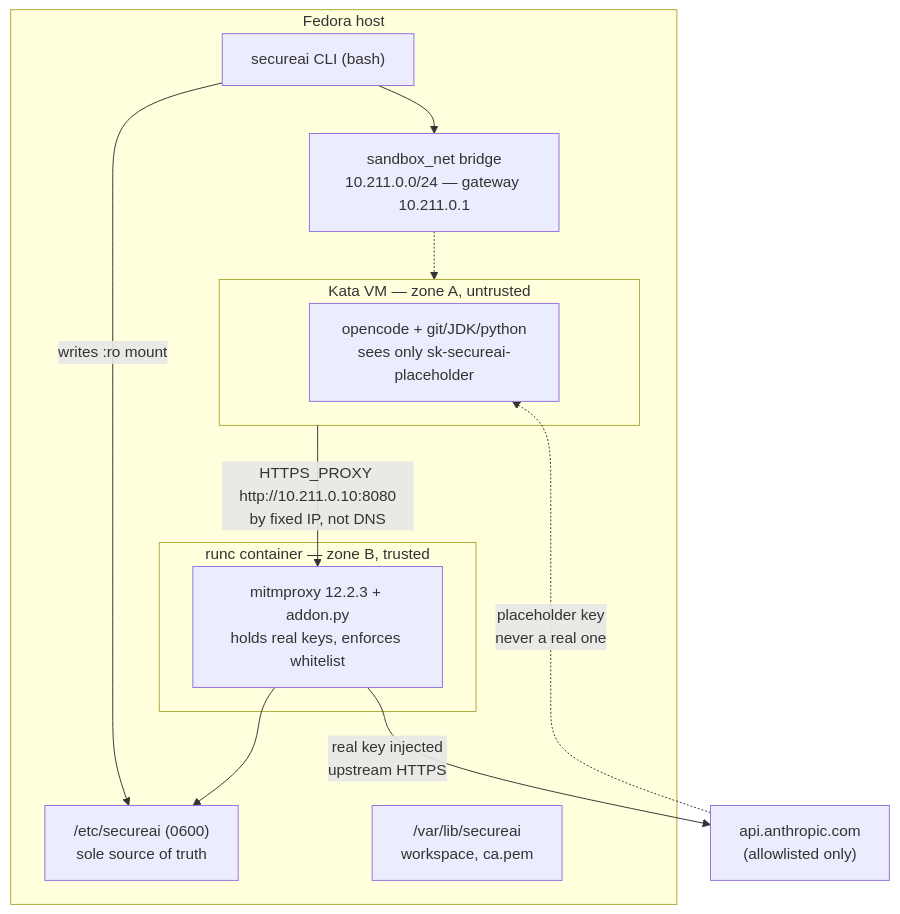
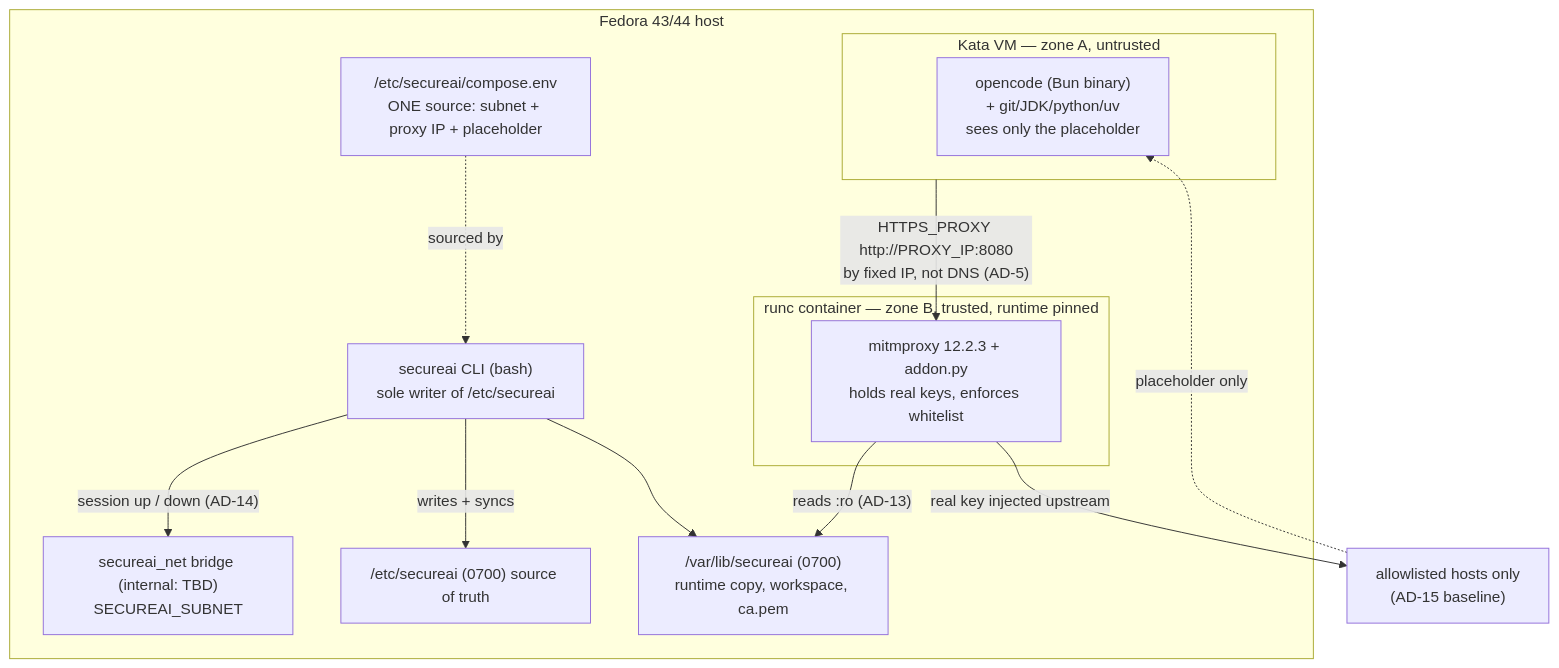
Before and after one commit to Theevanz/Katacontainers-AI-Agent-Deployment: the diagram in architecture/secureai-kata-opencode/ARCHITECTURE-SPINE.md, drawn with Mermaid. The commit also changed other lines of this file and 2 other files, not shown here.

First line of the commit message:
Finalize architecture spine and add epic/story breakdown

````diff
--- a/architecture/secureai-kata-opencode/ARCHITECTURE-SPINE.md
+++ b/architecture/secureai-kata-opencode/ARCHITECTURE-SPINE.md
@@ -217,22 +307,24 @@
 ```mermaid
 graph TB
-    subgraph HOST["Fedora host"]
-        CLI["secureai CLI (bash)"]
-        NET["sandbox_net bridge<br/>10.211.0.0/24 — gateway 10.211.0.1"]
+    subgraph HOST["Fedora 43/44 host"]
+        CLI["secureai CLI (bash)<br/>sole writer of /etc/secureai"]
+        ENVF["/etc/secureai/compose.env<br/>ONE source: subnet + proxy IP + placeholder"]
+        NET["secureai_net bridge (internal: TBD)<br/>SECUREAI_SUBNET"]
         subgraph KATA["Kata VM — zone A, untrusted"]
-            OC["opencode + git/JDK/python<br/>sees only sk-secureai-placeholder"]
+            OC["opencode (Bun binary)<br/>+ git/JDK/python/uv<br/>sees only the placeholder"]
         end
-        subgraph RUNC["runc container — zone B, trusted"]
+        subgraph RUNC["runc container — zone B, trusted, runtime pinned"]
             PX["mitmproxy 12.2.3 + addon.py<br/>holds real keys, enforces whitelist"]
         end
-        ETC["/etc/secureai (0600)<br/>sole source of truth"]
-        VAR["/var/lib/secureai<br/>workspace, ca.pem"]
+        ETC["/etc/secureai (0700) source of truth"]
+        VAR["/var/lib/secureai (0700)<br/>runtime copy, workspace, ca.pem"]
     end
-    CLI -->|"writes :ro mount"| ETC
-    CLI --> NET
-    KATA -->|"HTTPS_PROXY http://10.211.0.10:8080<br/>by fixed IP, not DNS"| PX
-    PX --> ETC
-    NET -.-> KATA
-    PX -->|"real key injected<br/>upstream HTTPS"| API["api.anthropic.com<br/>(allowlisted only)"]
-    API -.->|"placeholder key<br/>never a real one"| OC
+    CLI -->|"writes + syncs"| ETC
+    CLI --> VAR
+    ENVF -.->|"sourced by"| CLI
+    CLI -->|"session up / down (AD-14)"| NET
+    KATA -->|"HTTPS_PROXY http://PROXY_IP:8080<br/>by fixed IP, not DNS (AD-5)"| PX
+    PX -->|"reads :ro (AD-13)"| VAR
+    PX -->|"real key injected upstream"| API["allowlisted hosts only<br/>(AD-15 baseline)"]
+    API -.->|"placeholder only"| OC
 ```
````
